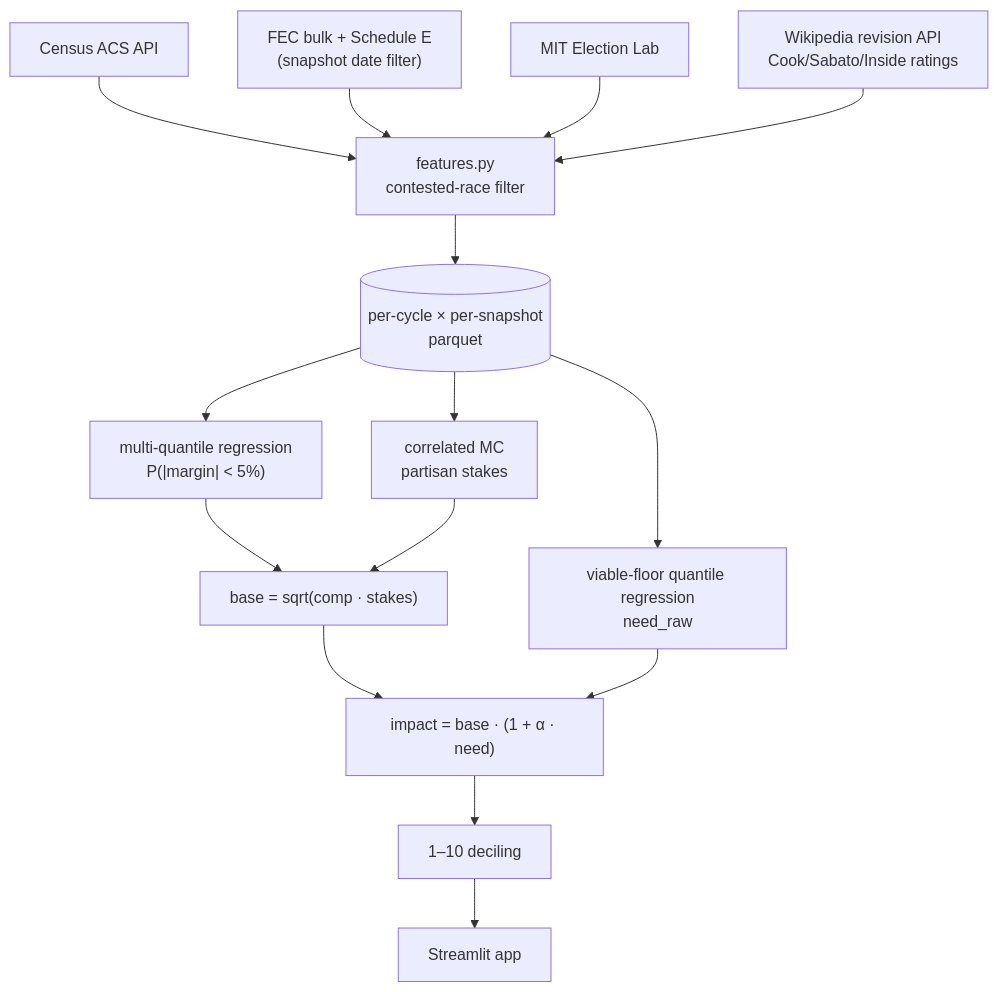
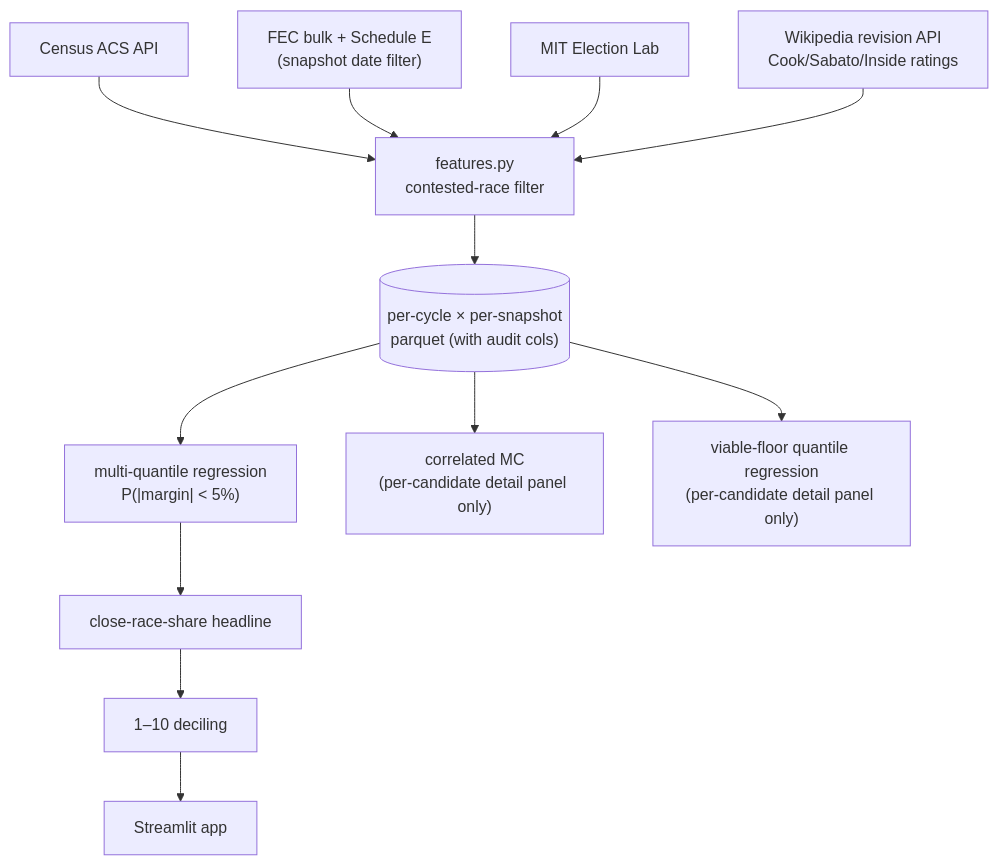
One commit to benjaminematton/election_predictions changed the diagram in README.md. Above: the diagram before and after it, drawn with Mermaid. The commit also changed other lines of this file and 10 other files, not shown here.

First line of the commit message:
fix(audit): correct Cook benchmark allocation, add leakage integration test, reframe headline

````diff
--- a/README.md
+++ b/README.md
@@ -27,17 +29,14 @@
 ```mermaid
 flowchart TD
     Census[Census ACS API] --> Features
     FEC["FEC bulk + Schedule E<br/>(snapshot date filter)"] --> Features
     MIT[MIT Election Lab] --> Features
     Wiki["Wikipedia revision API<br/>Cook/Sabato/Inside ratings"] --> Features
-    Features["features.py<br/>contested-race filter"] --> Parquet[("per-cycle × per-snapshot<br/>parquet")]
+    Features["features.py<br/>contested-race filter"] --> Parquet[("per-cycle × per-snapshot<br/>parquet (with audit cols)")]
     Parquet --> Comp["multi-quantile regression<br/>P(|margin| < 5%)"]
-    Parquet --> Stakes["correlated MC<br/>partisan stakes"]
-    Parquet --> Need["viable-floor quantile regression<br/>need_raw"]
-    Comp --> Combine["base = sqrt(comp · stakes)"]
-    Stakes --> Combine
-    Combine --> Impact["impact = base · (1 + α · need)"]
-    Need --> Impact
-    Impact --> Deciling[1–10 deciling]
+    Comp --> Headline["close-race-share headline"]
+    Parquet --> Stakes["correlated MC<br/>(per-candidate detail panel only)"]
+    Parquet --> Need["viable-floor quantile regression<br/>(per-candidate detail panel only)"]
+    Headline --> Deciling[1–10 deciling]
     Deciling --> App[Streamlit app]
 ```
````
